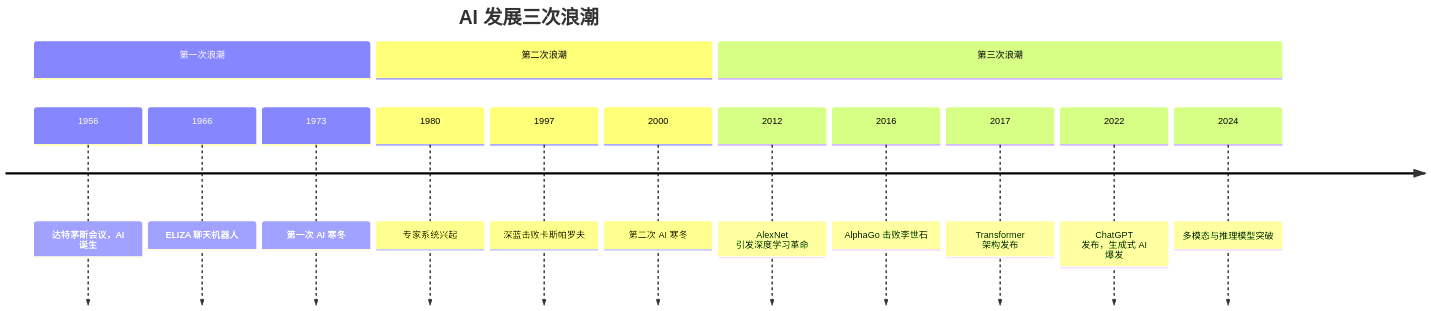
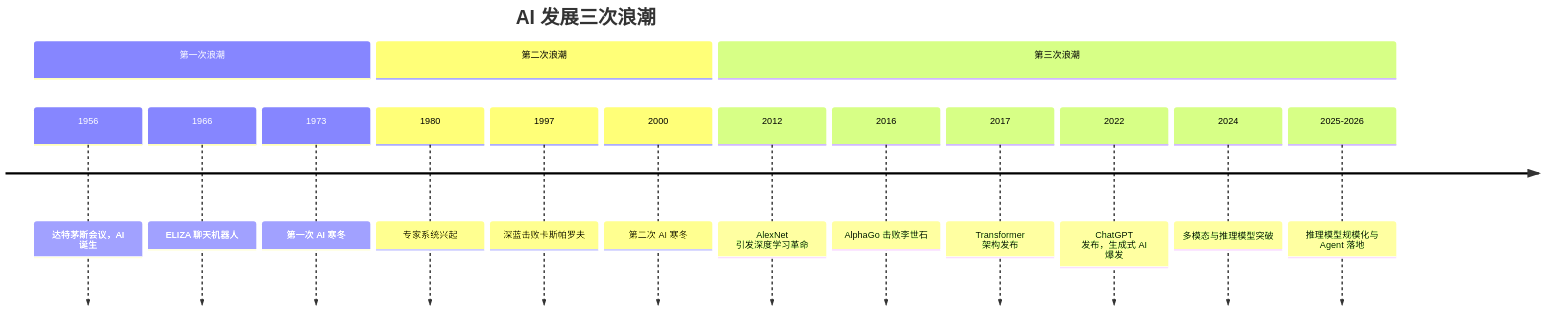
The second of 7 diagrams in src/01-ai-overview/illustrated-ai.md (Atituiset/llm-konwleage-hub), drawn with Mermaid before and after one commit. The commit also changed 14 other files, not shown here.

Commit message:
Update docs for 2026 accuracy/timeliness: GPT-5/Claude 4.5/Gemini 3/Qwen3/Llama 4, DeepSeek V3.1-V3.2-R2, context windows, R1 hardware, timeline fixes

````diff
--- a/src/01-ai-overview/illustrated-ai.md
+++ b/src/01-ai-overview/illustrated-ai.md
@@ -43,18 +43,19 @@
 ```mermaid
 timeline
     title AI 发展三次浪潮
     section 第一次浪潮
         1956 : 达特茅斯会议，AI 诞生
         1966 : ELIZA 聊天机器人
         1973 : 第一次 AI 寒冬
     section 第二次浪潮
         1980 : 专家系统兴起
         1997 : 深蓝击败卡斯帕罗夫
         2000 : 第二次 AI 寒冬
     section 第三次浪潮
         2012 : AlexNet 引发深度学习革命
         2016 : AlphaGo 击败李世石
         2017 : Transformer 架构发布
         2022 : ChatGPT 发布，生成式 AI 爆发
         2024 : 多模态与推理模型突破
+        2025-2026 : 推理模型规模化与 Agent 落地
 ```
````
